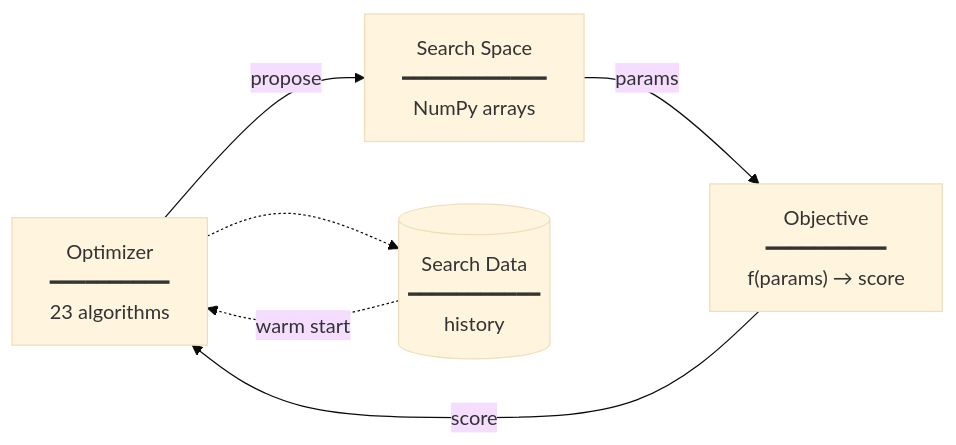
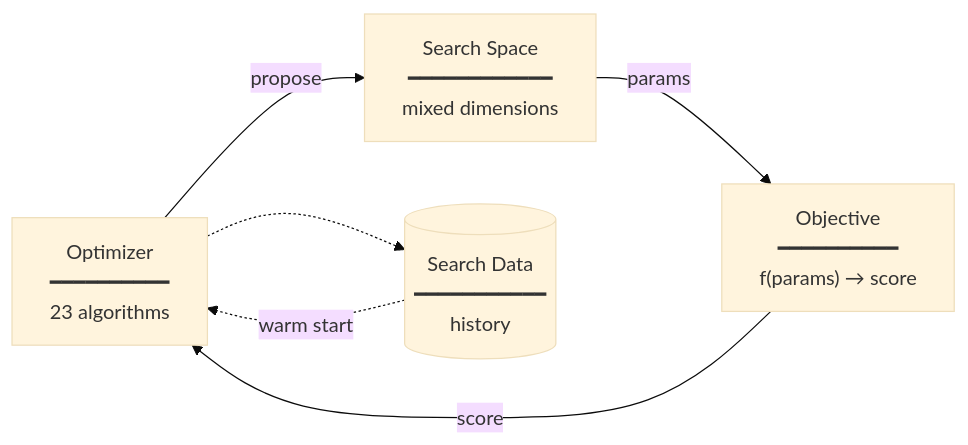
The diagram in README.md (SimonBlanke/Gradient-Free-Optimizers), drawn with Mermaid (base theme) before and after one commit. The commit also changed other lines of this file, not shown here.

Commit message:
add mixed search-spaces

````diff
--- a/README.md
+++ b/README.md
@@ -161,25 +151,25 @@
 ```mermaid
 flowchart LR
     O["Optimizer
     ━━━━━━━━━━
     23 algorithms"]
 
     S["Search Space
     ━━━━━━━━━━━━
-    NumPy arrays"]
+    mixed dimensions"]
 
     F["Objective
     ━━━━━━━━━━
     f(params) → score"]
 
     D[("Search Data
     ━━━━━━━━━━━
     history")]
 
     O -->|propose| S
     S -->|params| F
     F -->|score| O
 
     O -.-> D
     D -.->|warm start| O
 ```
````
